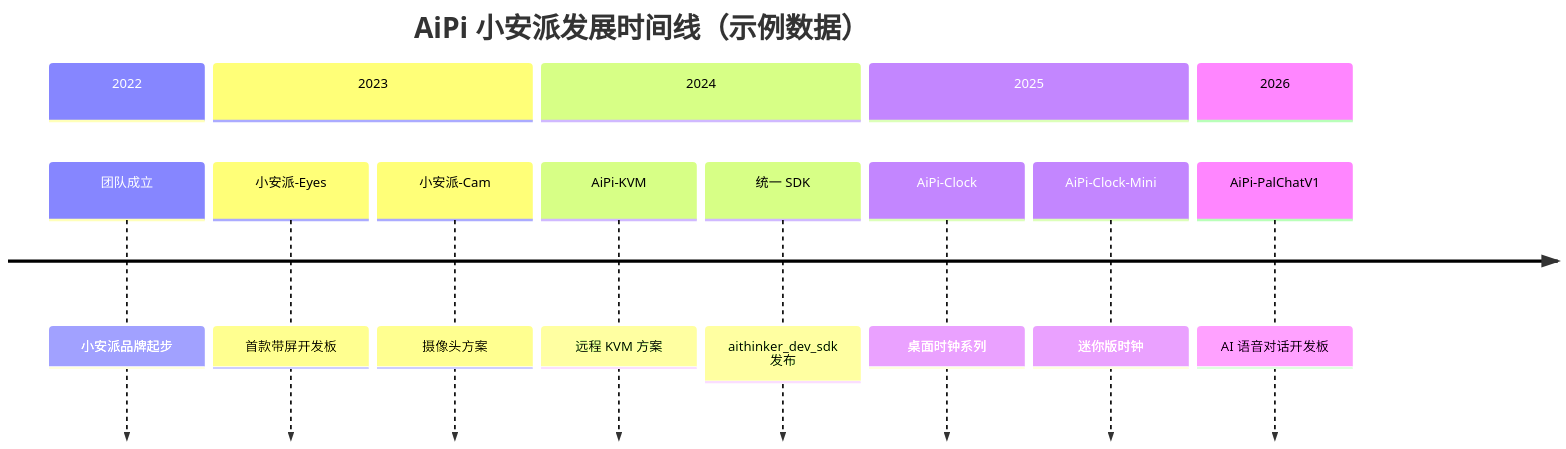
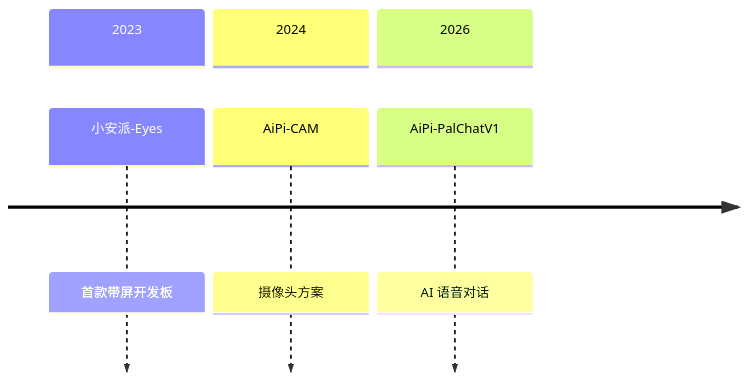
The diagram in t.md (Ai-Thinker-AiPi/.github), drawn with Mermaid before and after one commit. The commit also changed other lines of this file, not shown here.

Commit message:
test: no-title timeline via CDP

````diff
--- a/t.md
+++ b/t.md
@@ -3,17 +3,9 @@
 ```mermaid
 timeline
-    title AiPi 小安派发展时间线（示例数据）
-    section 2022
-        团队成立 : 小安派品牌起步
     section 2023
         小安派-Eyes : 首款带屏开发板
-        小安派-Cam : 摄像头方案
     section 2024
-        AiPi-KVM : 远程 KVM 方案
-        统一 SDK : aithinker_dev_sdk 发布
-    section 2025
-        AiPi-Clock : 桌面时钟系列
-        AiPi-Clock-Mini : 迷你版时钟
+        AiPi-CAM : 摄像头方案
     section 2026
-        AiPi-PalChatV1 : AI 语音对话开发板
+        AiPi-PalChatV1 : AI 语音对话
 ```
````
